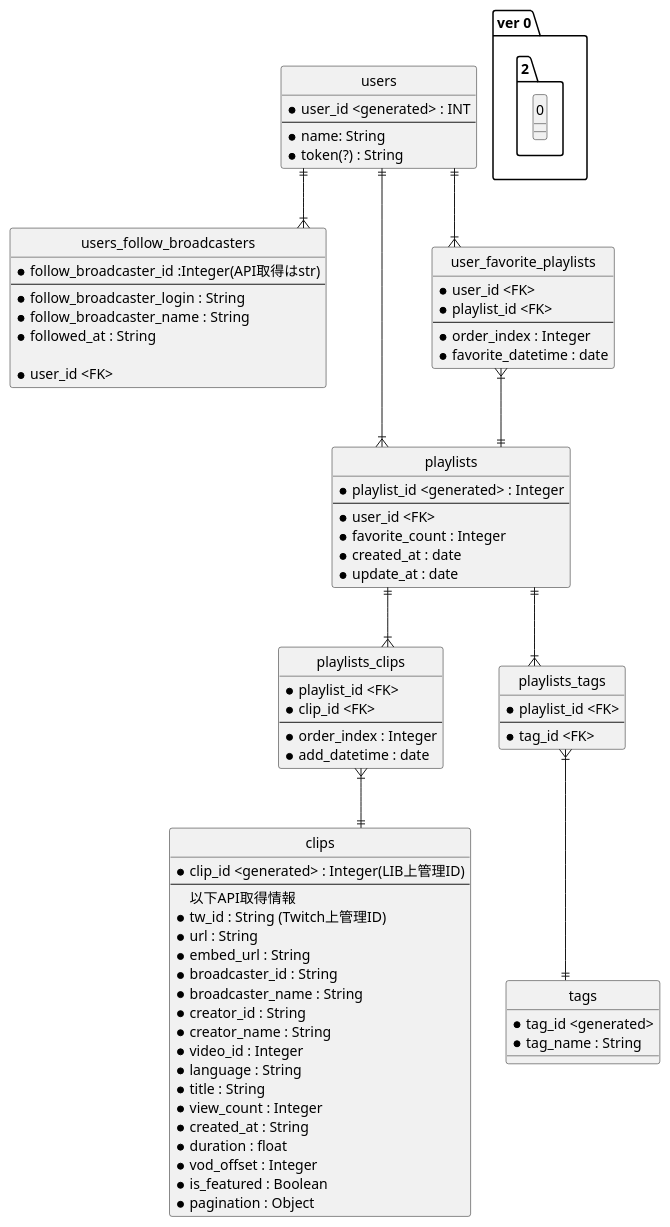
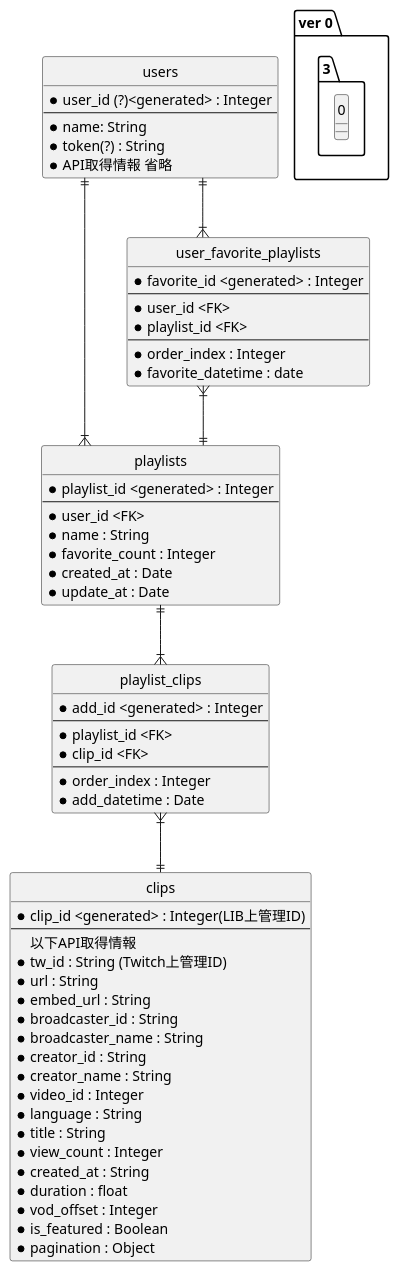
The diagram in dev2_Team_rubbit/er.pu (Taku1103/APPRENTICE_Quests_private), drawn with PlantUML before and after one commit. The commit also changed 3 other files, not shown here.

```diff
--- a/dev2_Team_rubbit/er.pu
+++ b/dev2_Team_rubbit/er.pu
@@ -3,101 +3,109 @@
 @startuml shortcut_quiz
 
 ' hide the spot
 hide circle
 
 ' avoid problems with angled crows feet
 skinparam linetype ortho
 
 
-entity "ver 0.2.0" {
+entity "ver 0.3.0" {
 
 }
 
 entity "users" {
-    *user_id <generated> : INT
+    *user_id (?)<generated> : Integer
     --
     *name: String
     *token(?) : String
-}
-
-entity "users_follow_broadcasters" {
-    *follow_broadcaster_id :Integer(API取得はstr)
-    --
-    *follow_broadcaster_login : String
-    *follow_broadcaster_name : String
-    *followed_at : String
-
-    *user_id <FK>
+    *API取得情報 省略
 }
 
 
 entity "playlists" {
     *playlist_id <generated> : Integer
     --
     *user_id <FK>
+    *name : String
     *favorite_count : Integer
-    *created_at : date
-    *update_at : date
+    *created_at : Date
+    *update_at : Date
 }
 
 
 entity "clips" {
     *clip_id <generated> : Integer(LIB上管理ID)
     --
 以下API取得情報
     *tw_id : String (Twitch上管理ID)
     *url : String
     *embed_url : String
     *broadcaster_id : String
     *broadcaster_name : String
     *creator_id : String
     *creator_name : String
     *video_id : Integer
     *language : String
     *title : String
     *view_count : Integer
     *created_at : String
     *duration : float
     *vod_offset : Integer
     *is_featured : Boolean
     *pagination : Object
 }
 
-entity  "playlists_clips" {
+entity  "playlist_clips" {
+    *add_id <generated> : Integer
+    --
     *playlist_id <FK>
     *clip_id <FK>
     --
     *order_index : Integer
-    *add_datetime : date
+    *add_datetime : Date
 }
 entity "user_favorite_playlists" {
+    *favorite_id <generated> : Integer
+    --
     *user_id <FK>
     *playlist_id <FK>
     --
     *order_index : Integer
     *favorite_datetime : date
 }
 
-entity "playlists_tags" {
-    *playlist_id <FK>
-    --
-    *tag_id <FK>
-}
 
-entity "tags" {
-    *tag_id <generated>
-    *tag_name : String
-}
+' entity "users_follow_broadcasters" {
+'     *follow_broadcaster_id :Integer(API取得はstr)
+'     --
+'     *follow_broadcaster_login : String
+'     *follow_broadcaster_name : String
+'     *followed_at : String
+
+'     *user_id <FK>
+' }
+
+
+' entity "playlists_tags" {
+'     *playlist_id <FK>
+'     --
+'     *tag_id <FK>
+' }
+
+' entity "tags" {
+'     *tag_id <generated>
+'     *tag_name : String
+' }
 
 users||--|{playlists
-playlists||--|{playlists_clips
-playlists_clips}|--||clips
-users||--|{users_follow_broadcasters
+playlists||--|{playlist_clips
+playlist_clips}|--||clips
 users||--|{user_favorite_playlists
 user_favorite_playlists}|--||playlists
 
-playlists||--|{playlists_tags
-playlists_tags}|--||tags
+' users||--|{users_follow_broadcasters
+' playlists||--|{playlists_tags
+' playlists_tags}|--||tags
 
 
 @enduml
```
